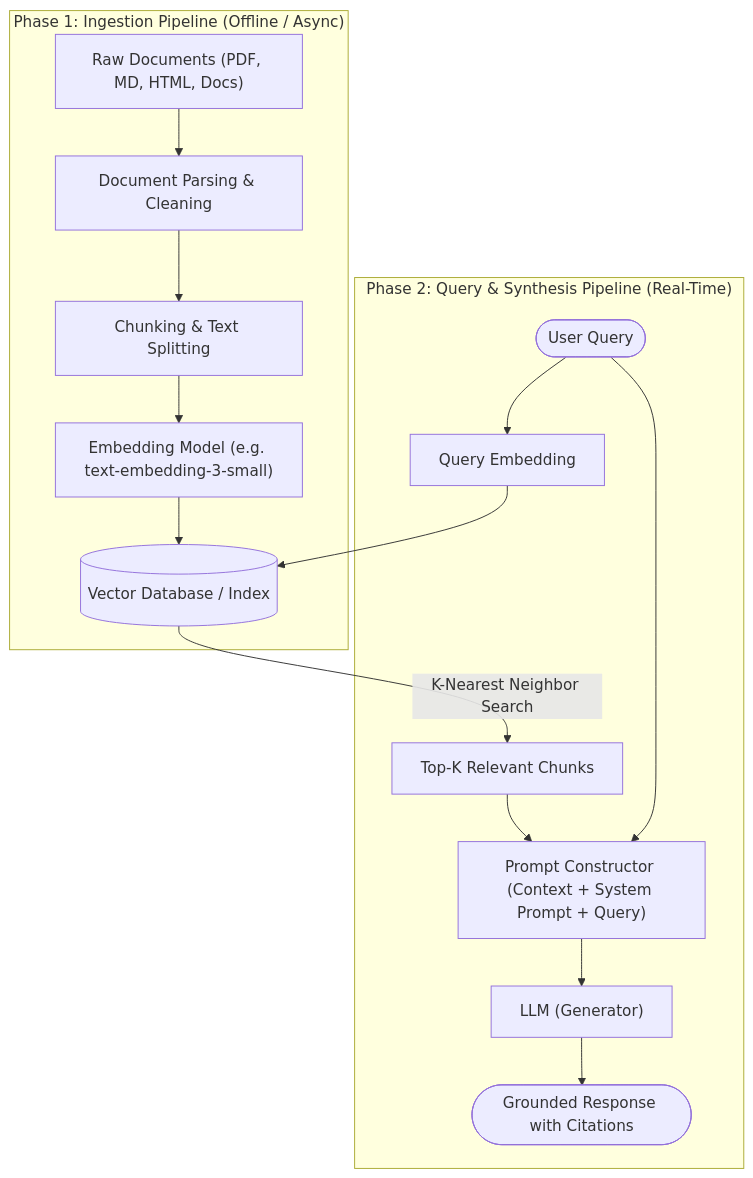
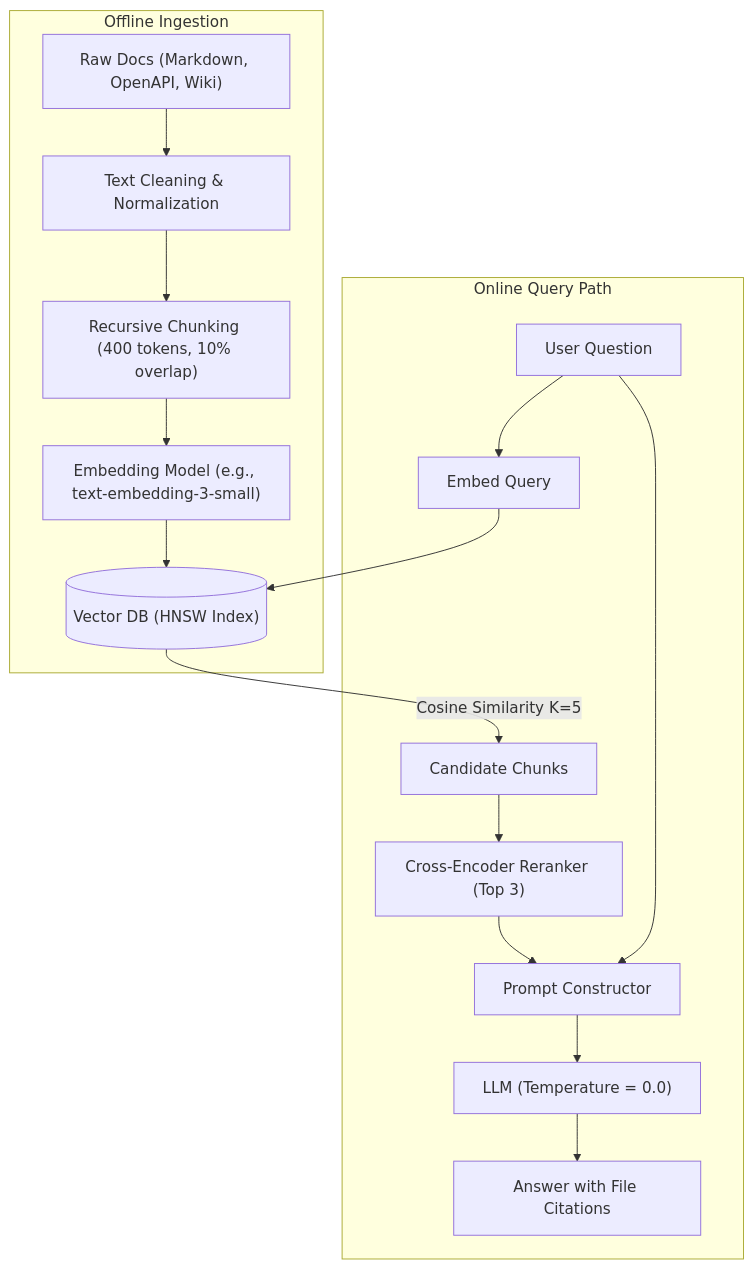
One commit to vivek12x/technical-writing-portfolio changed the diagram in docs/explanations/demystifying-rag.md. Above: the diagram before and after it, drawn with Mermaid. The commit also changed other lines of this file and 7 other files, not shown here.

````diff
--- a/docs/explanations/demystifying-rag.md
+++ b/docs/explanations/demystifying-rag.md
@@ -55,19 +24,20 @@
 ```mermaid
 flowchart TD
-    subgraph Ingestion["Phase 1: Ingestion Pipeline (Offline / Async)"]
-        RawDocs["Raw Documents (PDF, MD, HTML, Docs)"] --> Parser["Document Parsing & Cleaning"]
-        Parser --> Chunker["Chunking & Text Splitting"]
-        Chunker --> EmbedModel["Embedding Model (e.g. text-embedding-3-small)"]
-        EmbedModel --> VectorDB[("Vector Database / Index")]
+    subgraph Offline Ingestion
+        Doc["Raw Docs (Markdown, OpenAPI, Wiki)"] --> Cleaner["Text Cleaning & Normalization"]
+        Cleaner --> Splitter["Recursive Chunking (400 tokens, 10% overlap)"]
+        Splitter --> Embedder["Embedding Model (e.g., text-embedding-3-small)"]
+        Embedder --> VectorDB[("Vector DB (HNSW Index)")]
     end
 
-    subgraph QueryPipeline["Phase 2: Query & Synthesis Pipeline (Real-Time)"]
-        UserQuery(["User Query"]) --> QueryEmbed["Query Embedding"]
+    subgraph Online Query Path
+        User["User Question"] --> QueryEmbed["Embed Query"]
         QueryEmbed --> VectorDB
-        VectorDB -->|K-Nearest Neighbor Search| RetrievedChunks["Top-K Relevant Chunks"]
-        RetrievedChunks --> PromptAssembly["Prompt Constructor (Context + System Prompt + Query)"]
-        UserQuery --> PromptAssembly
-        PromptAssembly --> LLM["LLM (Generator)"]
-        LLM --> GroundedResponse(["Grounded Response with Citations"])
+        VectorDB -->|Cosine Similarity K=5| RawChunks["Candidate Chunks"]
+        RawChunks --> Reranker["Cross-Encoder Reranker (Top 3)"]
+        Reranker --> Assembler["Prompt Constructor"]
+        User --> Assembler
+        Assembler --> LLM["LLM (Temperature = 0.0)"]
+        LLM --> Out["Answer with File Citations"]
     end
 ```
````
